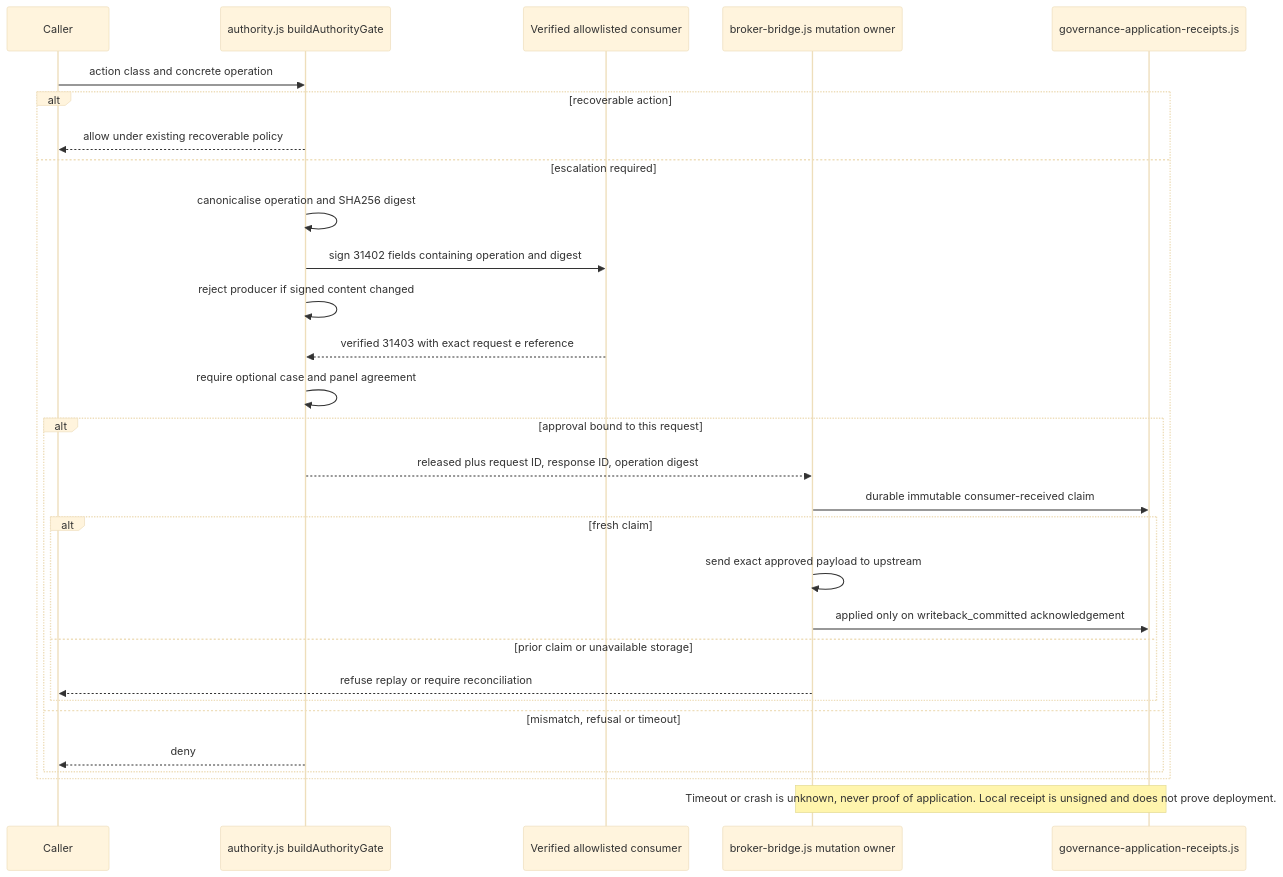
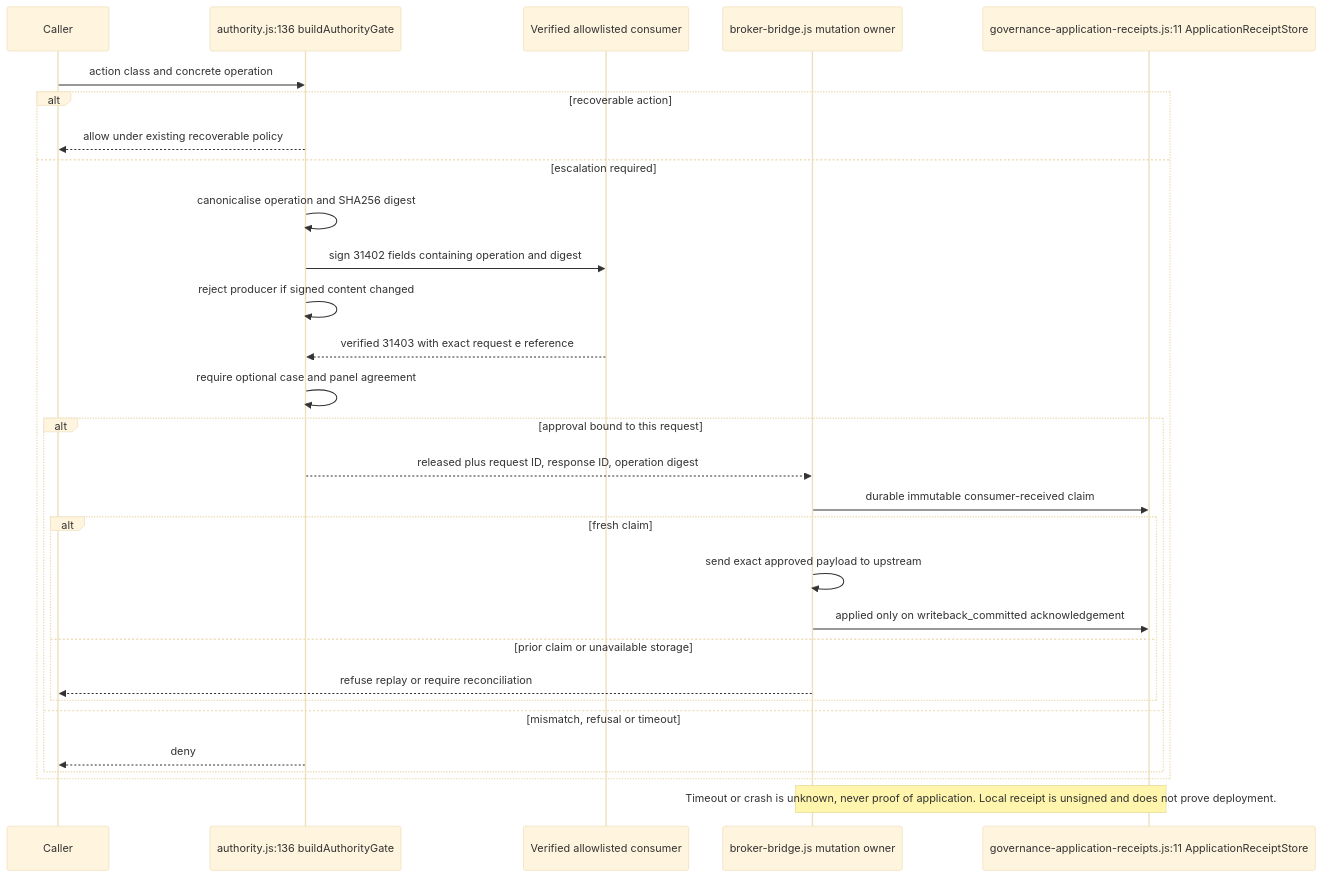
The tenth of 16 diagrams in docs/diagrams/agentbox/11-identity-did-mandate-authority.md (DreamLab-AI/VisionFlow), drawn with Mermaid (base theme) before and after one commit. The commit also changed other lines of this file and 51 other files, not shown here.

First line of the commit message:
docs(diagrams): agentbox AB-01..13 re-attested anchor by anchor (980 anchors, 22 defects); checkpoint against an out-of-mesh writer

````diff
--- a/docs/diagrams/agentbox/11-identity-did-mandate-authority.md
+++ b/docs/diagrams/agentbox/11-identity-did-mandate-authority.md
@@ -409,31 +409,31 @@
 ```mermaid
 sequenceDiagram
     participant Caller
-    participant Gate as authority.js buildAuthorityGate
+    participant Gate as authority.js:136 buildAuthorityGate
     participant Forum as Verified allowlisted consumer
     participant Owner as broker-bridge.js mutation owner
-    participant Journal as governance-application-receipts.js
+    participant Journal as governance-application-receipts.js:11 ApplicationReceiptStore
     Caller->>Gate: action class and concrete operation
     alt recoverable action
         Gate-->>Caller: allow under existing recoverable policy
     else escalation required
         Gate->>Gate: canonicalise operation and SHA256 digest
         Gate->>Forum: sign 31402 fields containing operation and digest
         Gate->>Gate: reject producer if signed content changed
         Forum-->>Gate: verified 31403 with exact request e reference
         Gate->>Gate: require optional case and panel agreement
         alt approval bound to this request
             Gate-->>Owner: released plus request ID, response ID, operation digest
             Owner->>Journal: durable immutable consumer-received claim
             alt fresh claim
                 Owner->>Owner: send exact approved payload to upstream
                 Owner->>Journal: applied only on writeback_committed acknowledgement
             else prior claim or unavailable storage
                 Owner-->>Caller: refuse replay or require reconciliation
             end
         else mismatch, refusal or timeout
             Gate-->>Caller: deny
         end
     end
     Note over Owner,Journal: Timeout or crash is unknown, never proof of application. Local receipt is unsigned and does not prove deployment.
 ```
````
